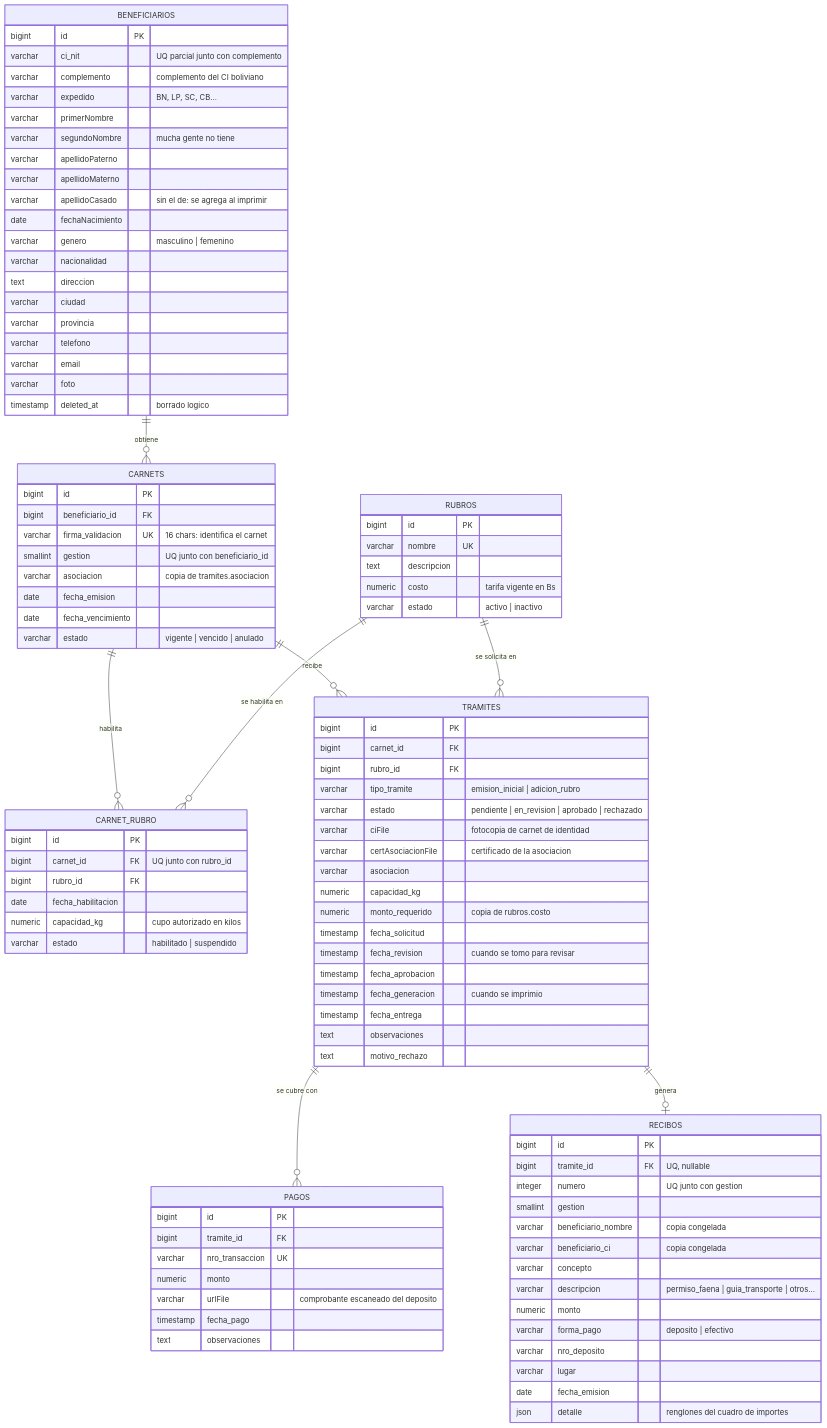
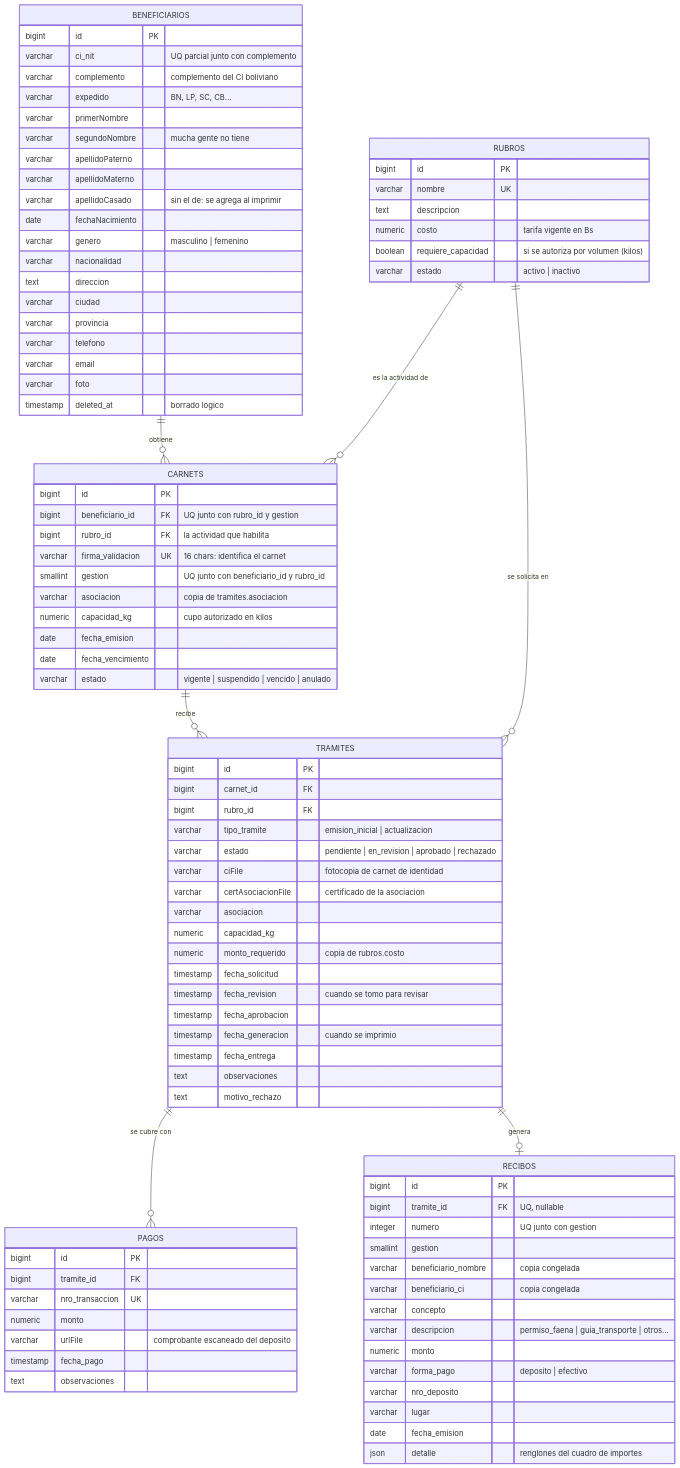
One commit to nachoDevOS/jichi changed the first of 3 diagrams in docs/MER.md. Above: the diagram before and after it, drawn with Mermaid. The commit also changed other lines of this file and 70 other files, not shown here.

Commit message:
finalizacion en la emision de cedula o carnet de pescado o comercializador

````diff
--- a/docs/MER.md
+++ b/docs/MER.md
@@ -18,8 +18,7 @@
 ```mermaid
 erDiagram
     BENEFICIARIOS ||--o{ CARNETS : "obtiene"
-    CARNETS       ||--o{ CARNET_RUBRO : "habilita"
-    RUBROS        ||--o{ CARNET_RUBRO : "se habilita en"
+    RUBROS        ||--o{ CARNETS : "es la actividad de"
     CARNETS       ||--o{ TRAMITES : "recibe"
     RUBROS        ||--o{ TRAMITES : "se solicita en"
     TRAMITES      ||--o{ PAGOS : "se cubre con"
@@ -52,34 +51,28 @@
         varchar nombre UK
         text    descripcion
         numeric costo "tarifa vigente en Bs"
+        boolean requiere_capacidad "si se autoriza por volumen (kilos)"
         varchar estado "activo | inactivo"
     }
 
     CARNETS {
         bigint   id PK
-        bigint   beneficiario_id FK
+        bigint   beneficiario_id FK "UQ junto con rubro_id y gestion"
+        bigint   rubro_id FK "la actividad que habilita"
         varchar  firma_validacion UK "16 chars: identifica el carnet"
-        smallint gestion "UQ junto con beneficiario_id"
+        smallint gestion "UQ junto con beneficiario_id y rubro_id"
         varchar  asociacion "copia de tramites.asociacion"
+        numeric  capacidad_kg "cupo autorizado en kilos"
         date     fecha_emision
         date     fecha_vencimiento
-        varchar  estado "vigente | vencido | anulado"
-    }
-
-    CARNET_RUBRO {
-        bigint  id PK
-        bigint  carnet_id FK "UQ junto con rubro_id"
-        bigint  rubro_id FK
-        date    fecha_habilitacion
-        numeric capacidad_kg "cupo autorizado en kilos"
-        varchar estado "habilitado | suspendido"
+        varchar  estado "vigente | suspendido | vencido | anulado"
     }
 
     TRAMITES {
         bigint    id PK
         bigint    carnet_id FK
         bigint    rubro_id FK
-        varchar   tipo_tramite "emision_inicial | adicion_rubro"
+        varchar   tipo_tramite "emision_inicial | actualizacion"
         varchar   estado "pendiente | en_revision | aprobado | rechazado"
         varchar   ciFile "fotocopia de carnet de identidad"
         varchar   certAsociacionFile "certificado de la asociacion"
````
